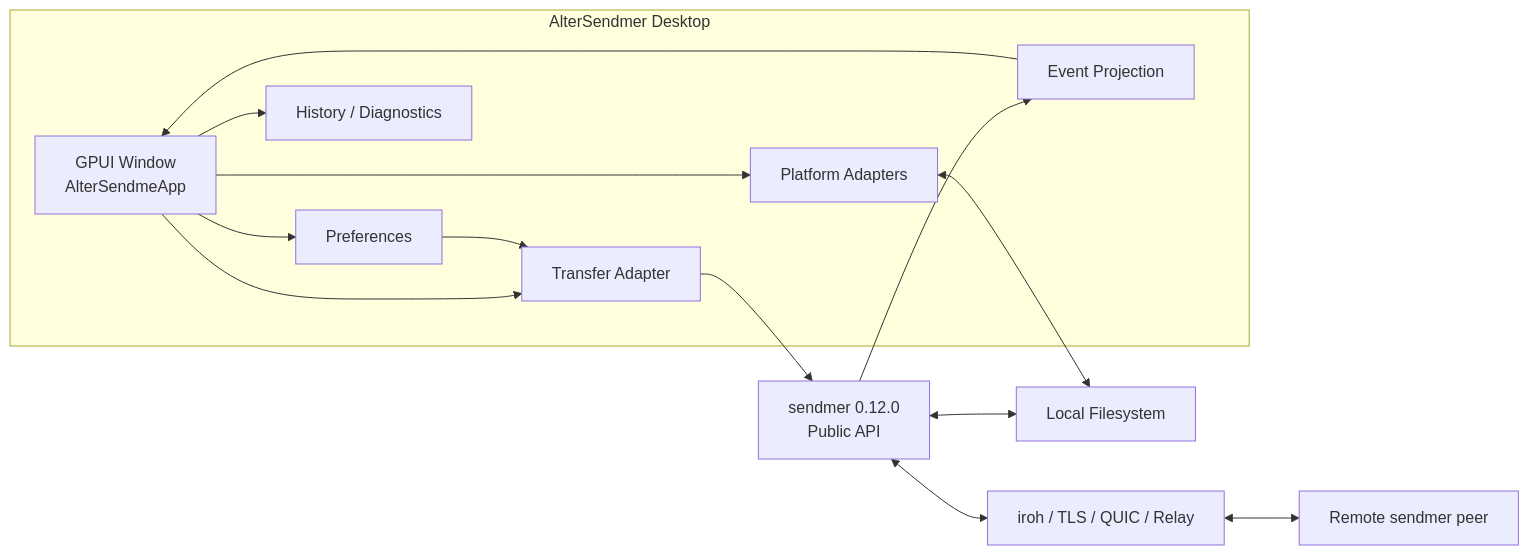
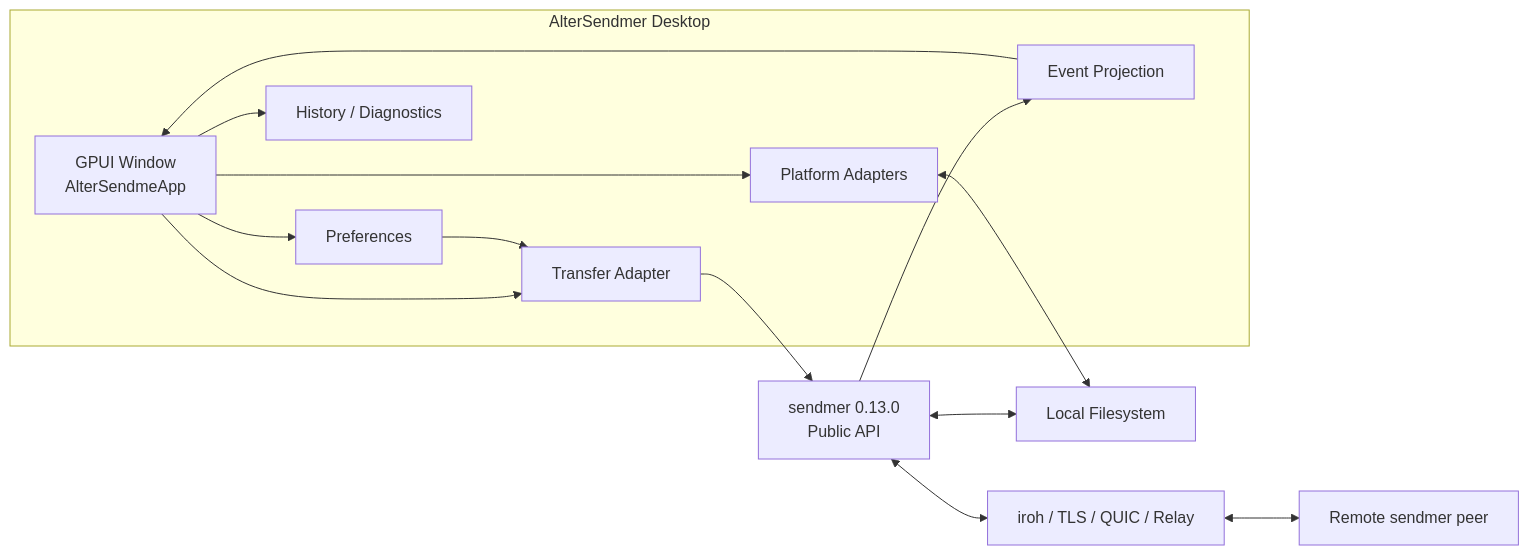
Before and after one commit to bruceblink/alter-sendmer: the diagram in docs/MAINLINE.md, drawn with Mermaid. The commit also changed other lines of this file and 10 other files, not shown here.

````diff
--- a/docs/MAINLINE.md
+++ b/docs/MAINLINE.md
@@ -64,29 +65,29 @@
 ```mermaid
 flowchart LR
     subgraph Desktop["AlterSendmer Desktop"]
         UI["GPUI Window\nAlterSendmeApp"]
         PREF["Preferences"]
         HIST["History / Diagnostics"]
         PLATFORM["Platform Adapters"]
         ADAPTER["Transfer Adapter"]
         EVENT["Event Projection"]
     end
 
-    CORE["sendmer 0.12.0\nPublic API"]
+    CORE["sendmer 0.13.0\nPublic API"]
     NET["iroh / TLS / QUIC / Relay"]
     PEER["Remote sendmer peer"]
     FS["Local Filesystem"]
 
     UI --> PREF
     UI --> HIST
     UI --> PLATFORM
     UI --> ADAPTER
     PREF --> ADAPTER
     ADAPTER --> CORE
     CORE --> EVENT
     EVENT --> UI
     CORE <--> NET
     NET <--> PEER
     PLATFORM <--> FS
     CORE <--> FS
 ```
````
